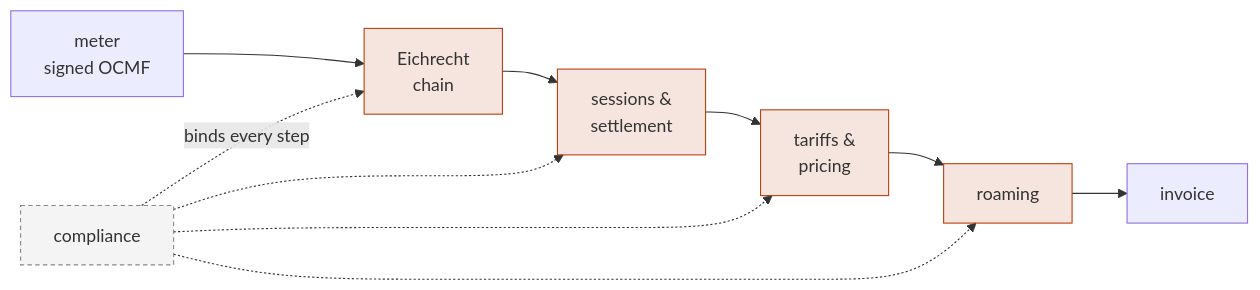
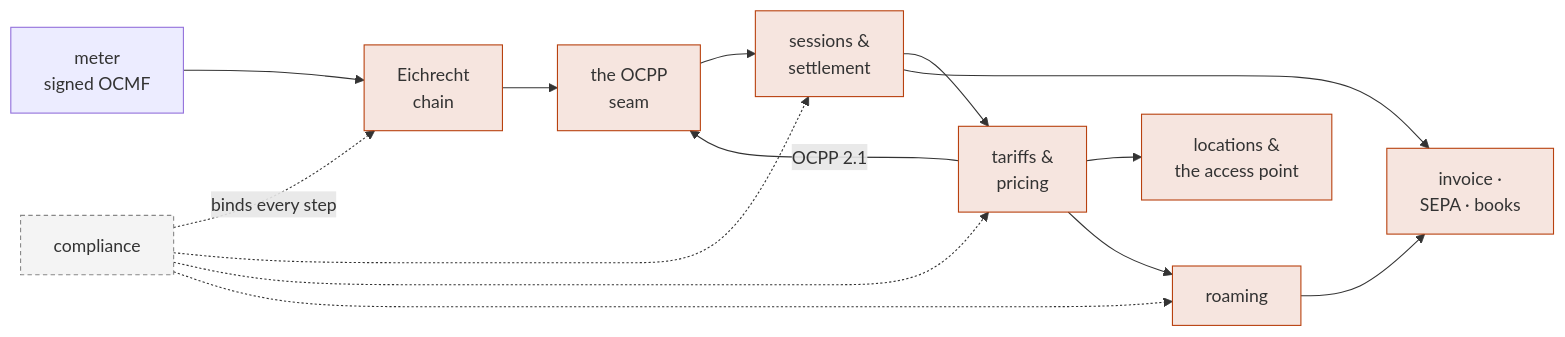
One commit to hupe1980/emob changed the diagram in site/content/docs/_index.md. Above: the diagram before and after it, drawn with Mermaid. The commit also changed other lines of this file and 102 other files, not shown here.

````diff
--- a/site/content/docs/_index.md
+++ b/site/content/docs/_index.md
@@ -13,17 +14,21 @@
 ```mermaid
 flowchart LR
     M["meter<br/>signed OCMF"] --> E["Eichrecht<br/>chain"]
-    E --> S["sessions &<br/>settlement"]
+    E --> O["the OCPP<br/>seam"]
+    O --> S["sessions &<br/>settlement"]
     S --> T["tariffs &<br/>pricing"]
+    T --> L["locations &<br/>the access point"]
     T --> R["roaming"]
-    R --> INV["invoice"]
-    C["compliance"] -.->|binds every step| E
+    T -->|"OCPP 2.1"| O
+    S --> INV["invoice ·<br/>SEPA · books"]
+    R --> INV
+    C["compliance"] -.->|"binds every step"| E
     C -.-> S
     C -.-> T
     C -.-> R
 
     classDef step fill:#b8410f22,stroke:#b8410f
     classDef rule fill:#88888818,stroke:#888,stroke-dasharray:4 3
-    class E,S,T,R step
+    class E,O,S,T,L,R,INV step
     class C rule
 ```
````
